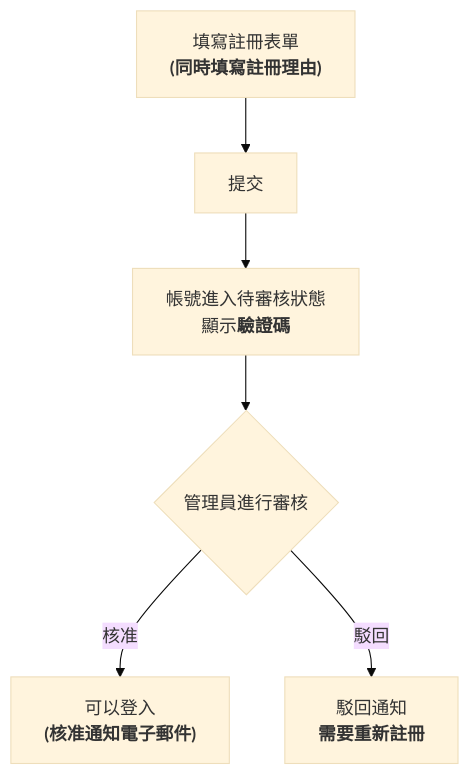
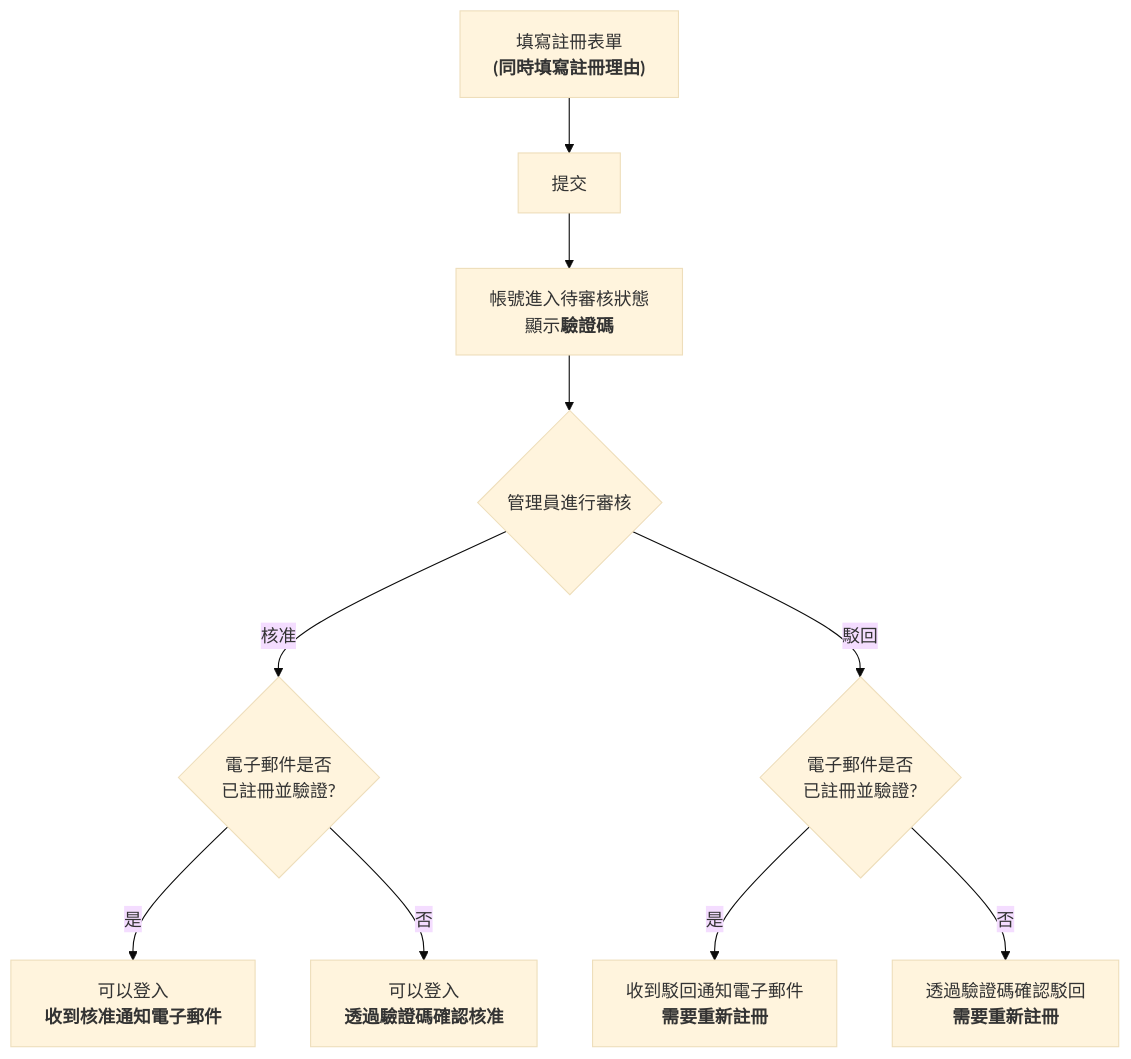
Before and after one commit to Zel9278/docs.mk-juice.dev: the diagram in docs/zh-hant/juice/approval-signup.md, drawn with Mermaid (base theme). The commit also changed other lines of this file and 4 other files, not shown here.

````diff
--- a/docs/zh-hant/juice/approval-signup.md
+++ b/docs/zh-hant/juice/approval-signup.md
@@ -7,8 +7,12 @@
 ```mermaid
 flowchart TD
     A["`填寫註冊表單<br/>**(同時填寫註冊理由)**`"] --> B[提交]
     B --> C["`帳號進入待審核狀態<br/>顯示**驗證碼**`"]
     C --> D{管理員進行審核}
-    D -->|核准| E["`可以登入<br/>**(核准通知電子郵件)**`"]
-    D -->|駁回| F["`駁回通知<br/>**需要重新註冊**`"]
+    D -->|核准| E{電子郵件是否<br/>已註冊並驗證?}
+    E -->|是| E1["`可以登入<br/>**收到核准通知電子郵件**`"]
+    E -->|否| E2["`可以登入<br/>**透過驗證碼確認核准**`"]
+    D -->|駁回| F{電子郵件是否<br/>已註冊並驗證?}
+    F -->|是| F1["`收到駁回通知電子郵件<br/>**需要重新註冊**`"]
+    F -->|否| F2["`透過驗證碼確認駁回<br/>**需要重新註冊**`"]
 ```
````
